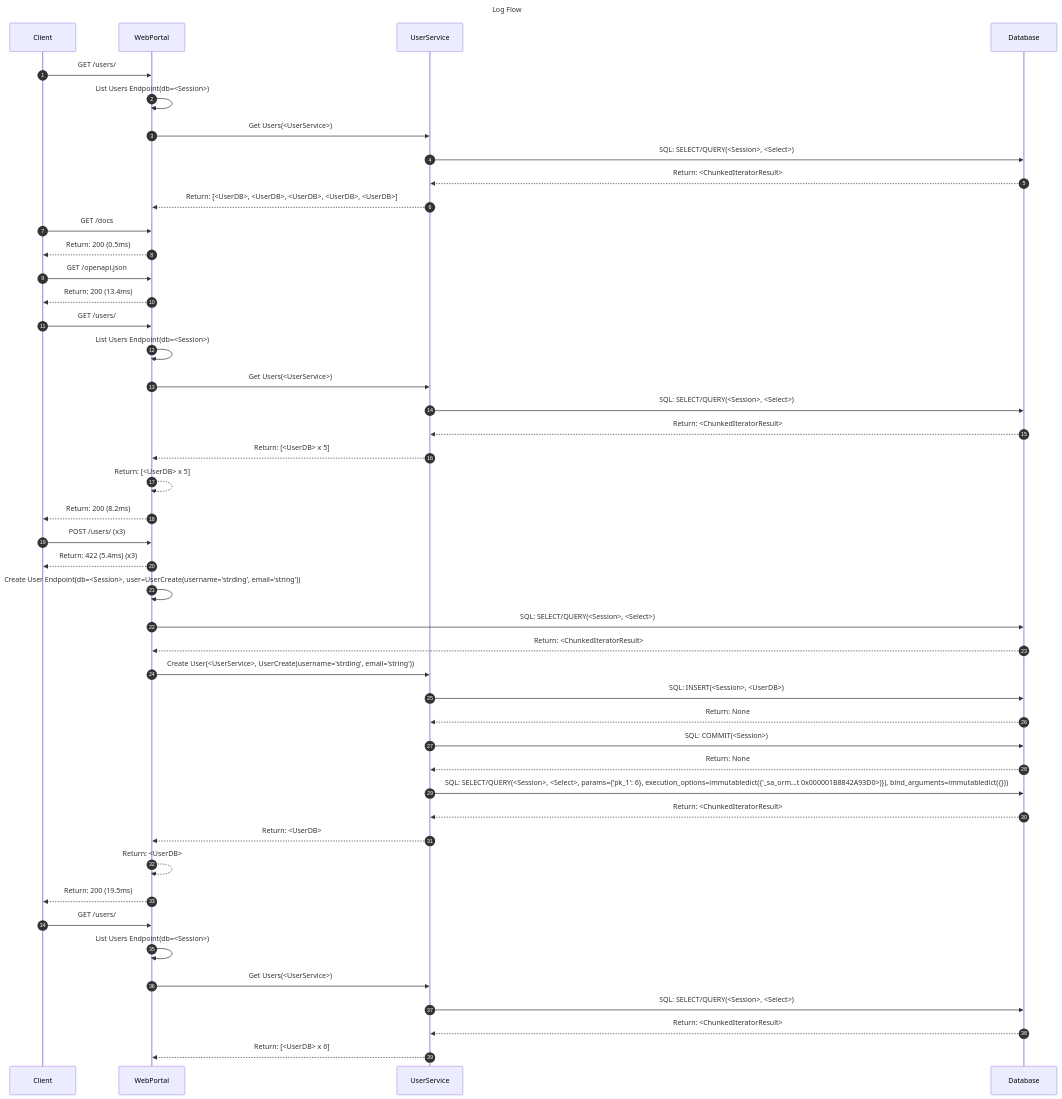
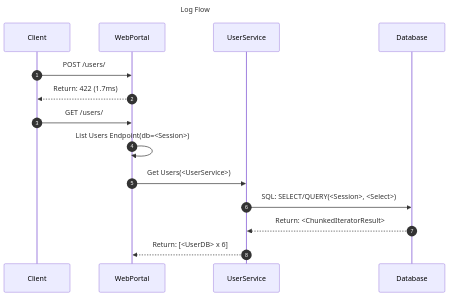
Before and after one commit to xt765/mermaid-trace: the diagram in mermaid_diagrams/examples/full_stack_app.mmd, drawn with Mermaid. The commit also changed 27 other files, not shown here.

```diff
--- a/mermaid_diagrams/examples/full_stack_app.mmd
+++ b/mermaid_diagrams/examples/full_stack_app.mmd
@@ -1,43 +1,12 @@
 sequenceDiagram
     title Log Flow
     autonumber
 
-Client->>WebPortal: GET /users/
-WebPortal->>WebPortal: List Users Endpoint(db=<Session>)
-WebPortal->>UserService: Get Users(<UserService>)
-UserService->>Database: SQL: SELECT/QUERY(<Session>, <Select>)
-Database-->>UserService: Return: <ChunkedIteratorResult>
-UserService-->>WebPortal: Return: [<UserDB>, <UserDB>, <UserDB>, <UserDB>, <UserDB>]
-Client->>WebPortal: GET /docs
-WebPortal-->>Client: Return: 200 (0.5ms)
-Client->>WebPortal: GET /openapi.json
-WebPortal-->>Client: Return: 200 (13.4ms)
-Client->>WebPortal: GET /users/
-WebPortal->>WebPortal: List Users Endpoint(db=<Session>)
-WebPortal->>UserService: Get Users(<UserService>)
-UserService->>Database: SQL: SELECT/QUERY(<Session>, <Select>)
-Database-->>UserService: Return: <ChunkedIteratorResult>
-UserService-->>WebPortal: Return: [<UserDB> x 5]
-WebPortal-->>WebPortal: Return: [<UserDB> x 5]
-WebPortal-->>Client: Return: 200 (8.2ms)
-Client->>WebPortal: POST /users/ (x3)
-WebPortal-->>Client: Return: 422 (5.4ms) (x3)
-WebPortal->>WebPortal: Create User Endpoint(db=<Session>, user=UserCreate(username='strding', email='string'))
-WebPortal->>Database: SQL: SELECT/QUERY(<Session>, <Select>)
-Database-->>WebPortal: Return: <ChunkedIteratorResult>
-WebPortal->>UserService: Create User(<UserService>, UserCreate(username='strding', email='string'))
-UserService->>Database: SQL: INSERT(<Session>, <UserDB>)
-Database-->>UserService: Return: None
-UserService->>Database: SQL: COMMIT(<Session>)
-Database-->>UserService: Return: None
-UserService->>Database: SQL: SELECT/QUERY(<Session>, <Select>, params={'pk_1': 6}, execution_options=immutabledict({'_sa_orm...t 0x000001B8842A93D0>)}), bind_arguments=immutabledict({}))
-Database-->>UserService: Return: <ChunkedIteratorResult>
-UserService-->>WebPortal: Return: <UserDB>
-WebPortal-->>WebPortal: Return: <UserDB>
-WebPortal-->>Client: Return: 200 (19.5ms)
+Client->>WebPortal: POST /users/
+WebPortal-->>Client: Return: 422 (1.7ms)
 Client->>WebPortal: GET /users/
 WebPortal->>WebPortal: List Users Endpoint(db=<Session>)
 WebPortal->>UserService: Get Users(<UserService>)
 UserService->>Database: SQL: SELECT/QUERY(<Session>, <Select>)
 Database-->>UserService: Return: <ChunkedIteratorResult>
 UserService-->>WebPortal: Return: [<UserDB> x 6]
```
